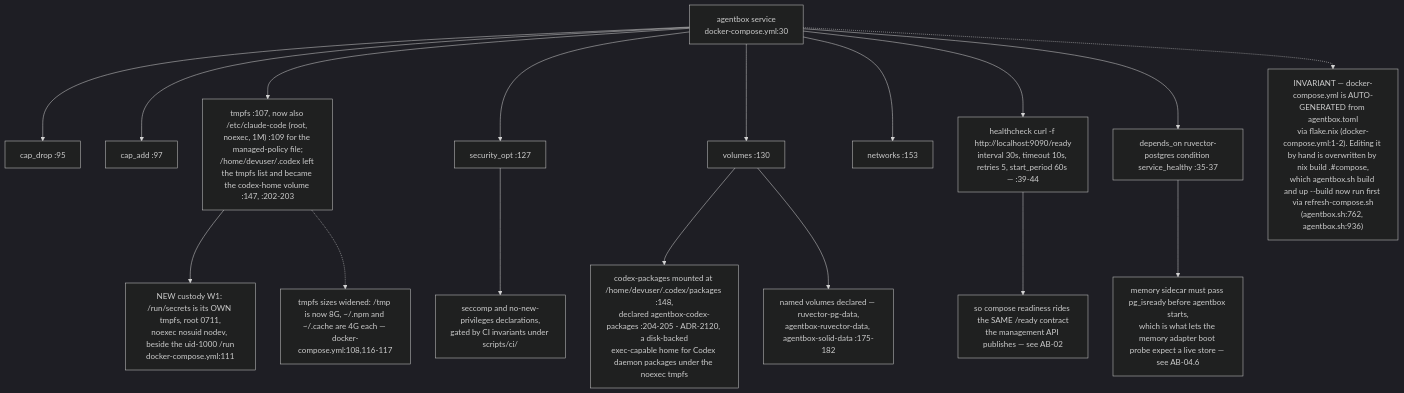
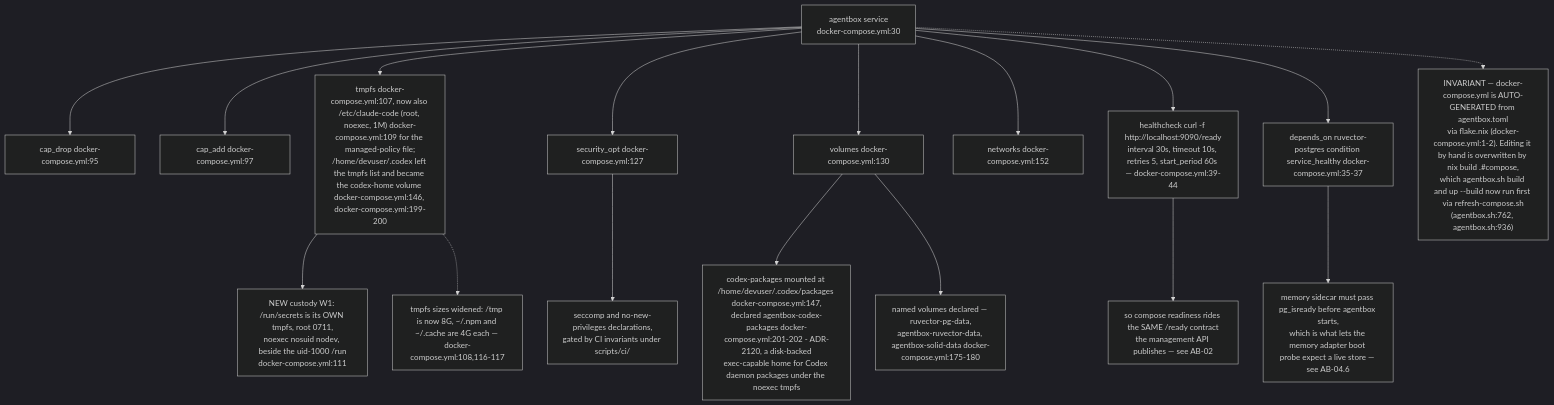
The eighth of 14 diagrams in docs/diagrams/agentbox/06-sidecars-and-compose-overlays.md (DreamLab-AI/VisionFlow), drawn with Mermaid (dark theme) before and after one commit. The commit also changed other lines of this file and 7 other files, not shown here.

````diff
--- a/docs/diagrams/agentbox/06-sidecars-and-compose-overlays.md
+++ b/docs/diagrams/agentbox/06-sidecars-and-compose-overlays.md
@@ -247,19 +248,19 @@
 ```mermaid
 flowchart TD
-    AB["agentbox service<br/>docker-compose.yml:30"] --> CD["cap_drop :95"]
-    AB --> CA2["cap_add :97"]
-    AB --> TM["tmpfs :107, now also /etc/claude-code (root, noexec, 1M) :109 for the managed-policy file;<br/>/home/devuser/.codex left the tmpfs list and became the codex-home volume :147, :202-203"]
+    AB["agentbox service<br/>docker-compose.yml:30"] --> CD["cap_drop docker-compose.yml:95"]
+    AB --> CA2["cap_add docker-compose.yml:97"]
+    AB --> TM["tmpfs docker-compose.yml:107, now also /etc/claude-code (root, noexec, 1M) docker-compose.yml:109 for the managed-policy file;<br/>/home/devuser/.codex left the tmpfs list and became the codex-home volume docker-compose.yml:146, docker-compose.yml:199-200"]
     TM --> SEC["NEW custody W1: /run/secrets is its OWN tmpfs, root 0711,<br/>noexec nosuid nodev, beside the uid-1000 /run<br/>docker-compose.yml:111"]
-    AB --> SO["security_opt :127"]
-    AB --> VOL["volumes :130"]
-    AB --> NET["networks :153"]
+    AB --> SO["security_opt docker-compose.yml:127"]
+    AB --> VOL["volumes docker-compose.yml:130"]
+    AB --> NET["networks docker-compose.yml:152"]
     SO --> SCC["seccomp and no-new-privileges declarations,<br/>gated by CI invariants under scripts/ci/"]
-    VOL --> CXP["codex-packages mounted at /home/devuser/.codex/packages :148,<br/>declared agentbox-codex-packages :204-205 - ADR-2120, a disk-backed<br/>exec-capable home for Codex daemon packages under the noexec tmpfs"]
-    VOL --> NV["named volumes declared — ruvector-pg-data,<br/>agentbox-ruvector-data, agentbox-solid-data :175-182"]
-    AB --> HC["healthcheck curl -f http://localhost:9090/ready<br/>interval 30s, timeout 10s, retries 5, start_period 60s — :39-44"]
+    VOL --> CXP["codex-packages mounted at /home/devuser/.codex/packages docker-compose.yml:147,<br/>declared agentbox-codex-packages docker-compose.yml:201-202 - ADR-2120, a disk-backed<br/>exec-capable home for Codex daemon packages under the noexec tmpfs"]
+    VOL --> NV["named volumes declared — ruvector-pg-data,<br/>agentbox-ruvector-data, agentbox-solid-data docker-compose.yml:175-180"]
+    AB --> HC["healthcheck curl -f http://localhost:9090/ready<br/>interval 30s, timeout 10s, retries 5, start_period 60s — docker-compose.yml:39-44"]
     HC --> RDY["so compose readiness rides the SAME /ready contract<br/>the management API publishes — see AB-02"]
-    AB --> DEP["depends_on ruvector-postgres condition service_healthy :35-37"]
+    AB --> DEP["depends_on ruvector-postgres condition service_healthy docker-compose.yml:35-37"]
     DEP --> ORD["memory sidecar must pass pg_isready before agentbox starts,<br/>which is what lets the memory adapter boot probe expect a live store — see AB-04.6"]
     AB -.-> GEN["INVARIANT — docker-compose.yml is AUTO-GENERATED from agentbox.toml<br/>via flake.nix (docker-compose.yml:1-2). Editing it by hand is overwritten by nix build .#compose,<br/>which agentbox.sh build and up --build now run first via refresh-compose.sh<br/>(agentbox.sh:762, agentbox.sh:936)"]
     TM -.-> TMS["tmpfs sizes widened: /tmp is now 8G, ~/.npm and ~/.cache are 4G each — docker-compose.yml:108,116-117"]
 ```
````
